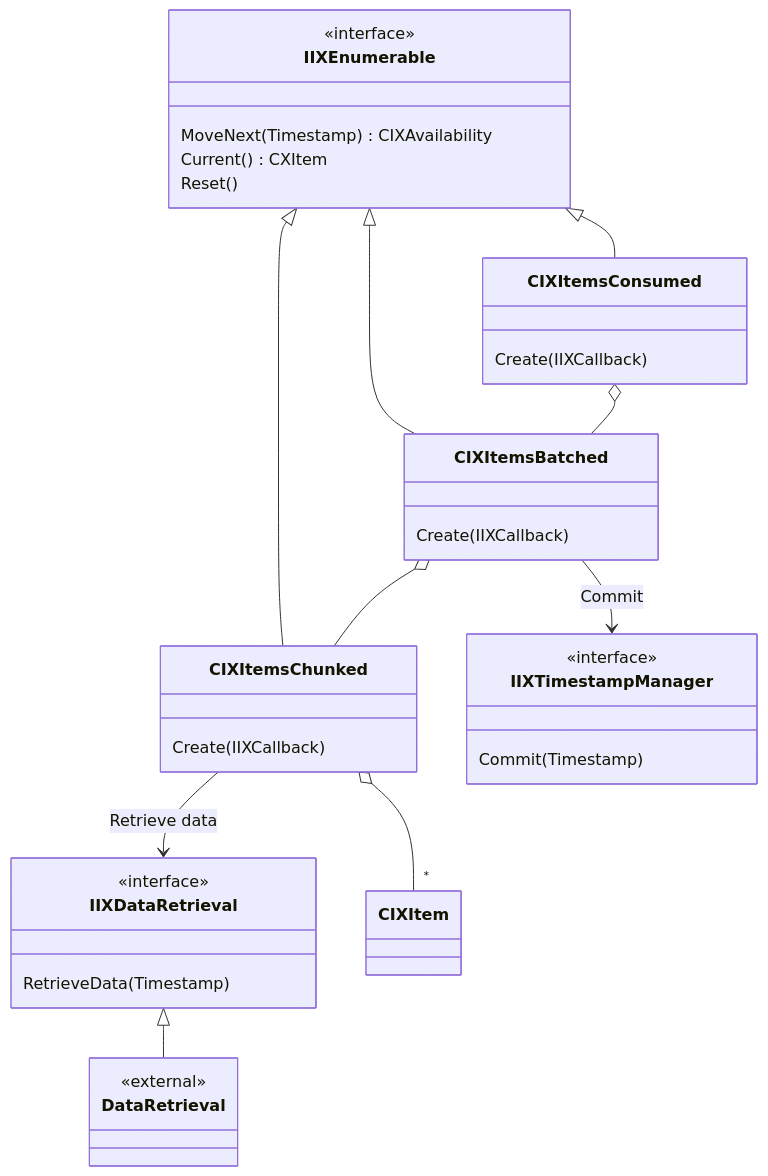
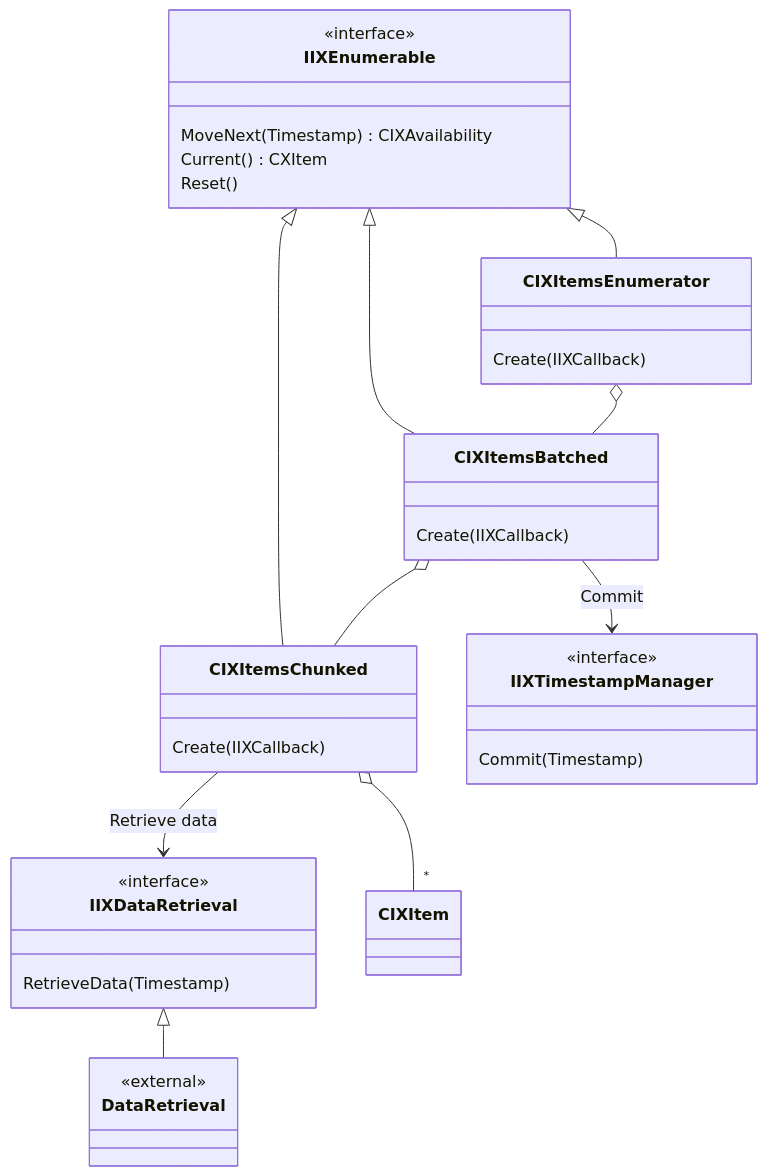
One commit to lightcaurby/Code-IXSample changed the third of 3 diagrams in README.md. Above: the diagram before and after it, drawn with Mermaid. The commit also changed other lines of this file and 1 other file, not shown here.

````diff
--- a/README.md
+++ b/README.md
@@ -94,37 +109,37 @@
 ```mermaid
 classDiagram
 
 class IIXEnumerable
 <<interface>> IIXEnumerable
 IIXEnumerable : MoveNext( Timestamp ) CIXAvailability
 IIXEnumerable : Current() CXItem
 IIXEnumerable : Reset()
-IIXEnumerable <|-- CIXItemsConsumed
+IIXEnumerable <|-- CIXItemsEnumerator
 IIXEnumerable <|-- CIXItemsBatched
 IIXEnumerable <|-- CIXItemsChunked
 
 class IIXTimestampManager
 <<interface>> IIXTimestampManager
 IIXTimestampManager : Commit(Timestamp)
 
 class IIXDataRetrieval
 <<interface>> IIXDataRetrieval
 IIXDataRetrieval : RetrieveData(Timestamp) 
 class DataRetrieval
 <<external>> DataRetrieval
 IIXDataRetrieval <|-- DataRetrieval
 
-CIXItemsConsumed o-- CIXItemsBatched
-CIXItemsConsumed : Create( IIXCallback )
+CIXItemsEnumerator o-- CIXItemsBatched
+CIXItemsEnumerator : Create( IIXCallback )
 
 CIXItemsBatched o-- CIXItemsChunked
 CIXItemsBatched : Create( IIXCallback )
 CIXItemsBatched --> IIXTimestampManager : Commit
 
 CIXItemsChunked o-- "*" CIXItem
 CIXItemsChunked : Create( IIXCallback )
 CIXItemsChunked --> IIXDataRetrieval : Retrieve data
 
 
 
 ```
````
